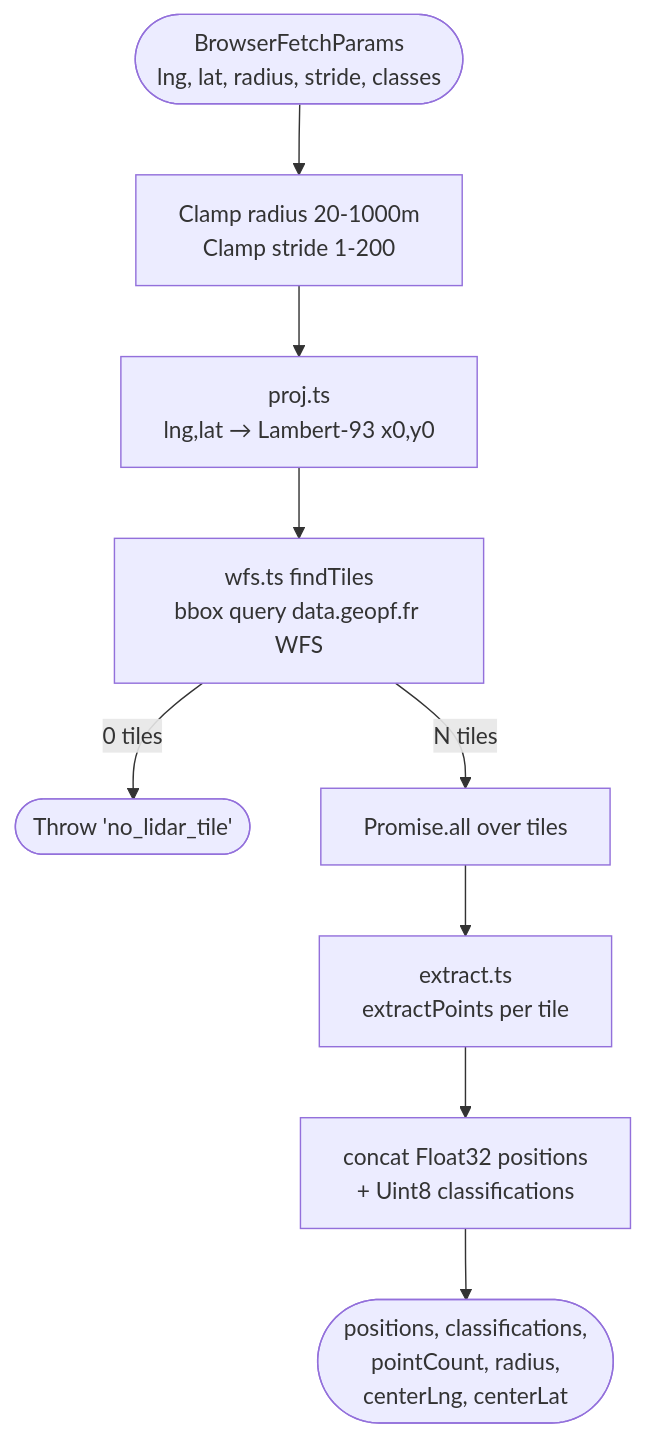
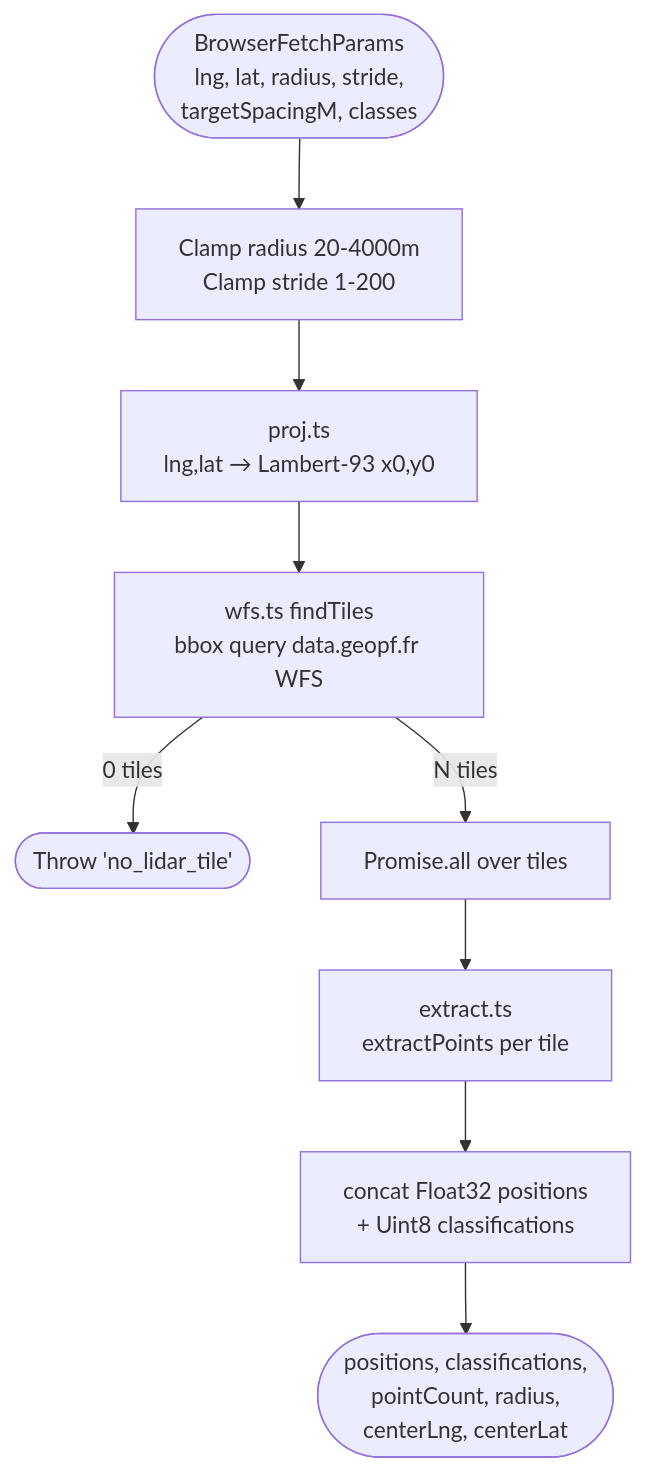
Before and after one commit to Plonk42/open-cairn: the second of 7 diagrams in docs/LIDAR_PIPELINE.md, drawn with Mermaid. The commit also changed other lines of this file and 11 other files, not shown here.

````diff
--- a/docs/LIDAR_PIPELINE.md
+++ b/docs/LIDAR_PIPELINE.md
@@ -188,11 +220,11 @@
 ```mermaid
 flowchart TD
-    P([BrowserFetchParams<br/>lng, lat, radius, stride, classes]) --> R[Clamp radius 20-1000m<br/>Clamp stride 1-200]
+    P([BrowserFetchParams<br/>lng, lat, radius, stride,<br/>targetSpacingM, classes]) --> R[Clamp radius 20-4000m<br/>Clamp stride 1-200]
     R --> L93[proj.ts<br/>lng,lat → Lambert-93 x0,y0]
     L93 --> WFS[wfs.ts findTiles<br/>bbox query data.geopf.fr WFS]
     WFS -->|0 tiles| ERR([Throw 'no_lidar_tile'])
     WFS -->|N tiles| FAN[Promise.all over tiles]
     FAN --> EXT[extract.ts<br/>extractPoints per tile]
     EXT --> MERGE[concat Float32 positions<br/>+ Uint8 classifications]
     MERGE --> OUT([positions, classifications,<br/>pointCount, radius,<br/>centerLng, centerLat])
 ```
````
